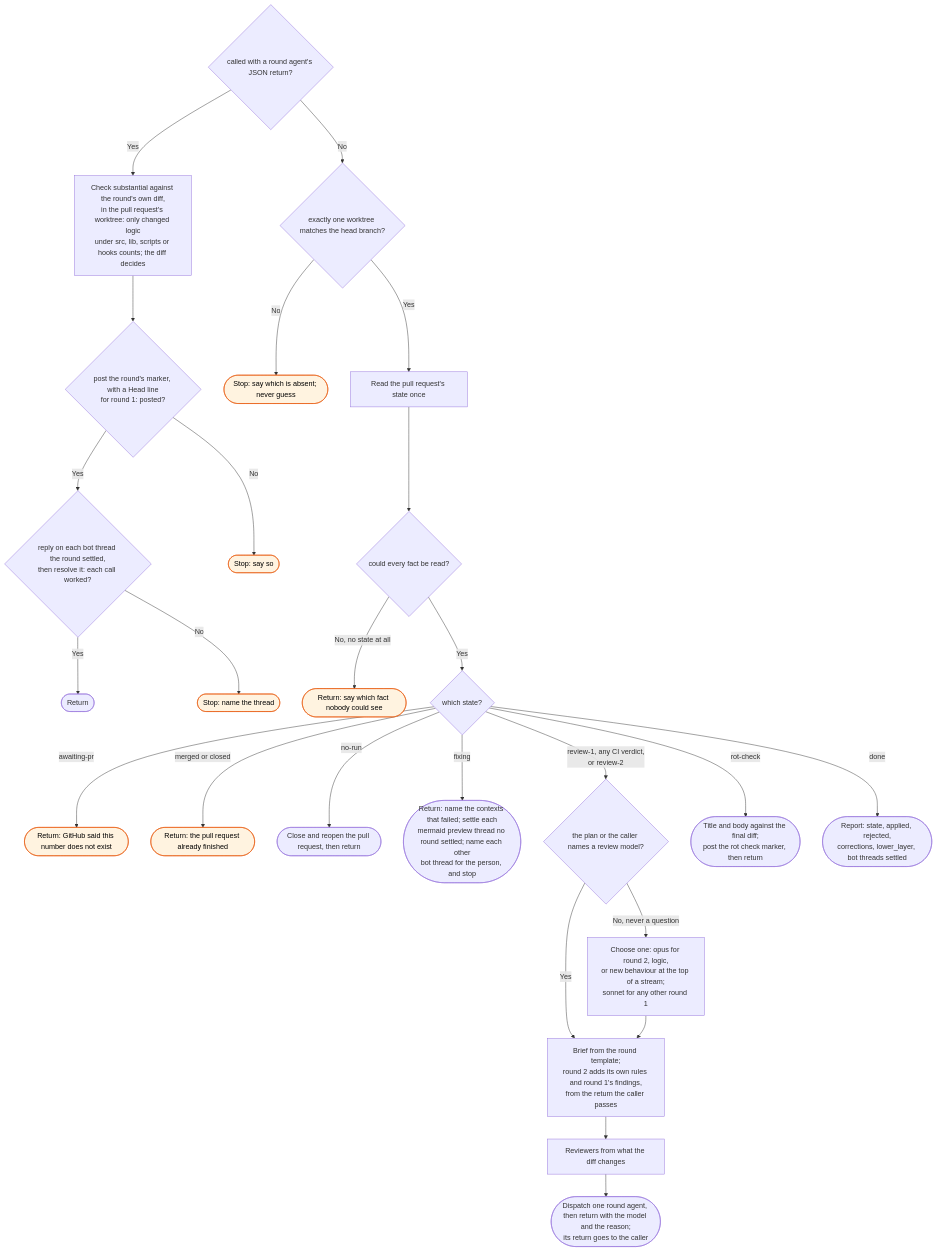
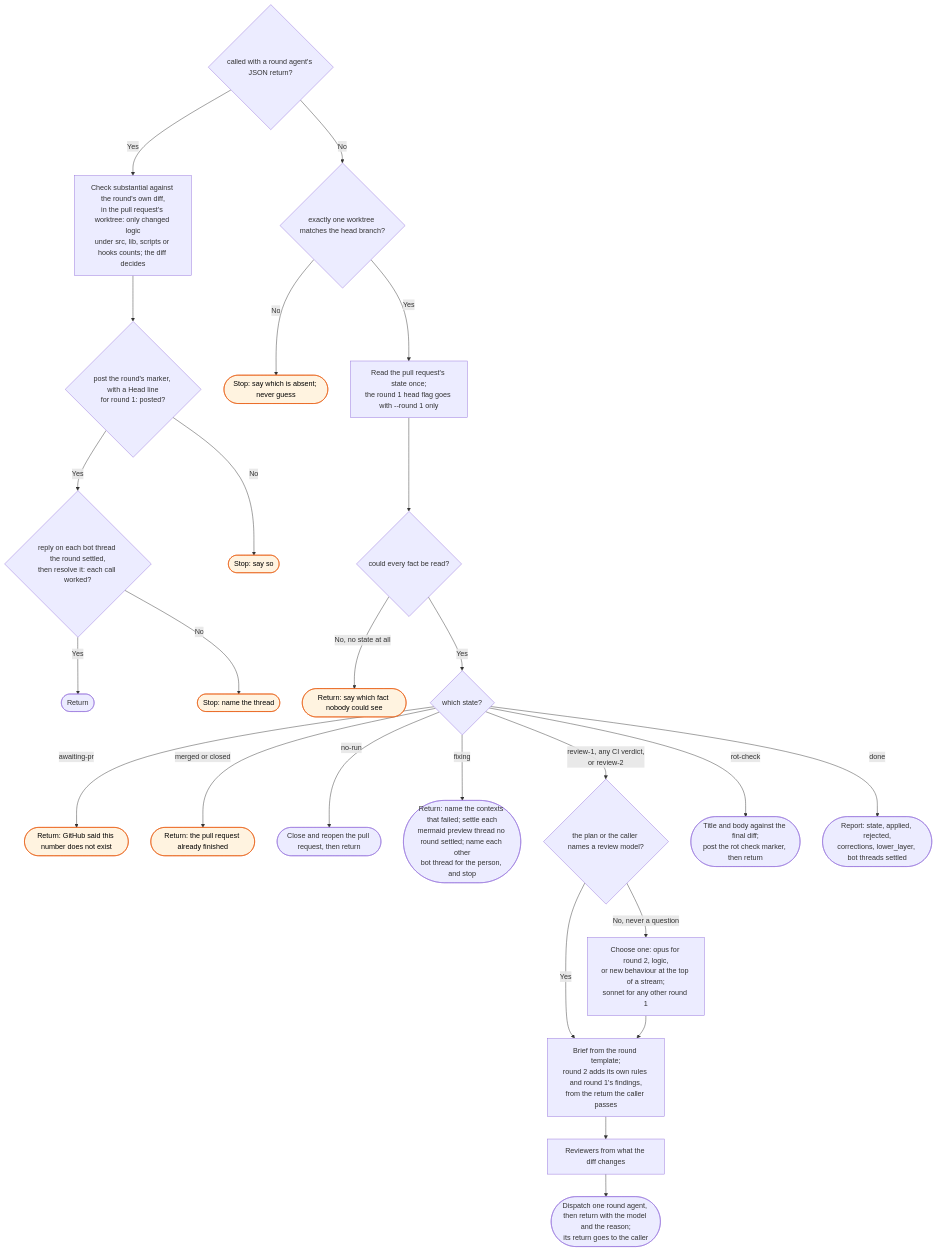
Before and after one commit to bje-settings/claude: the diagram in docs/flows/workstreams/review/_skill-flow.md, drawn with Mermaid. The commit also changed other lines of this file and 11 other files, not shown here.

````diff
--- a/docs/flows/workstreams/review/_skill-flow.md
+++ b/docs/flows/workstreams/review/_skill-flow.md
@@ -15,34 +15,34 @@
 ```mermaid
 flowchart TD
     R0{called with a round agent's JSON return?}
     R0 -->|Yes| RS[Check substantial against the round's own diff,<br/>in the pull request's worktree: only changed logic<br/>under src, lib, scripts or hooks counts; the diff decides]
     RS --> R2{post the round's marker, with a Head line<br/>for round 1: posted?}
     R2 -->|Yes| BT{reply on each bot thread the round settled,<br/>then resolve it: each call worked?}
     R2 -->|No| R3([Stop: say so]):::stop
     BT -->|Yes| R1([Return])
     BT -->|No| BT1([Stop: name the thread]):::stop
     R0 -->|No| W{exactly one worktree matches the head branch?}
     W -->|No| W1([Stop: say which is absent; never guess]):::stop
-    W -->|Yes| C[Read the pull request's state once]
+    W -->|Yes| C[Read the pull request's state once;<br/>the round 1 head flag goes with --round 1 only]
 
     C --> D{could every fact be read?}
     D -->|No, no state at all| D1([Return: say which fact nobody could see]):::stop
     D -->|Yes| E{which state?}
 
     E -->|awaiting-pr| E1([Return: GitHub said this number does not exist]):::stop
     E -->|merged or closed| E1b([Return: the pull request already finished]):::stop
     E -->|no-run| F([Close and reopen the pull request, then return])
     E -->|fixing| G2([Return: name the contexts that failed; settle each<br/>mermaid preview thread no round settled; name each other<br/>bot thread for the person, and stop])
 
     E -->|review-1, any CI verdict,<br/>or review-2| M{the plan or the caller names a review model?}
     M -->|Yes| I
     M -->|No, never a question| M1[Choose one: opus for round 2, logic,<br/>or new behaviour at the top of a stream;<br/>sonnet for any other round 1] --> I
     I[Brief from the round template;<br/>round 2 adds its own rules and round 1's findings,<br/>from the return the caller passes]
     I --> J[Reviewers from what the diff changes]
     J --> K([Dispatch one round agent, then return with the model and the reason;<br/>its return goes to the caller])
 
     E -->|rot-check| Q([Title and body against the final diff;<br/>post the rot check marker, then return])
     E -->|done| S([Report: state, applied, rejected,<br/>corrections, lower_layer, bot threads settled])
 
     classDef stop fill:#fff3e0,stroke:#e65100,color:#000
 ```
````
